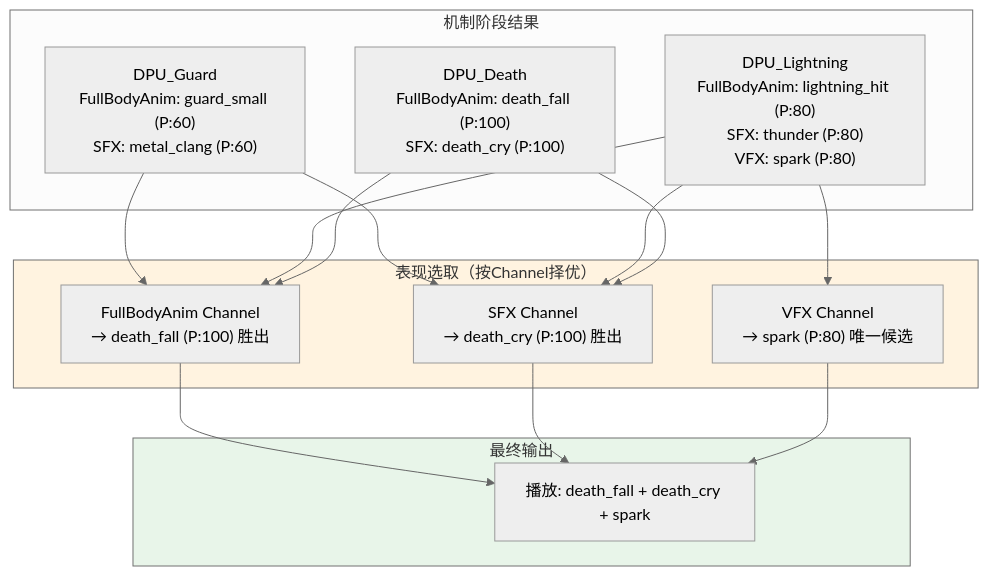
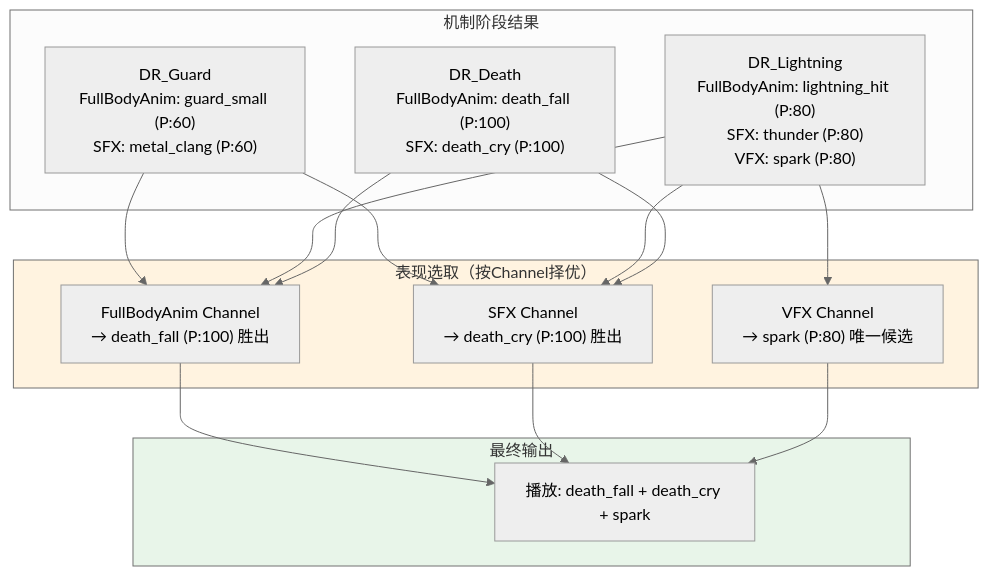
Before and after one commit to ZiJinZiMing/SagaStats: the second of 9 diagrams in doc/damagePipeline/架构设计.md, drawn with Mermaid (neutral theme). The commit also changed other lines of this file and 85 other files, not shown here.

````diff
--- a/doc/damagePipeline/架构设计.md
+++ b/doc/damagePipeline/架构设计.md
@@ -138,32 +138,32 @@
 ```mermaid
 graph TB
     subgraph 机制阶段结果
-        G["DPU_Guard<br/>FullBodyAnim: guard_small (P:60)<br/>SFX: metal_clang (P:60)"]
-        L["DPU_Lightning<br/>FullBodyAnim: lightning_hit (P:80)<br/>SFX: thunder (P:80)<br/>VFX: spark (P:80)"]
-        D["DPU_Death<br/>FullBodyAnim: death_fall (P:100)<br/>SFX: death_cry (P:100)"]
+        G["DR_Guard<br/>FullBodyAnim: guard_small (P:60)<br/>SFX: metal_clang (P:60)"]
+        L["DR_Lightning<br/>FullBodyAnim: lightning_hit (P:80)<br/>SFX: thunder (P:80)<br/>VFX: spark (P:80)"]
+        D["DR_Death<br/>FullBodyAnim: death_fall (P:100)<br/>SFX: death_cry (P:100)"]
     end
 
     subgraph 表现选取["表现选取（按Channel择优）"]
         FB["FullBodyAnim Channel<br/>→ death_fall (P:100) 胜出"]
         SFX["SFX Channel<br/>→ death_cry (P:100) 胜出"]
         VFX["VFX Channel<br/>→ spark (P:80) 唯一候选"]
     end
 
     subgraph 最终输出
         OUT["播放: death_fall + death_cry + spark"]
     end
 
     G --> FB
     L --> FB
     D --> FB
     G --> SFX
     L --> SFX
     D --> SFX
     L --> VFX
     FB --> OUT
     SFX --> OUT
     VFX --> OUT
 
     style 表现选取 fill:#fff3e0
     style 最终输出 fill:#e8f5e9
 ```
````
